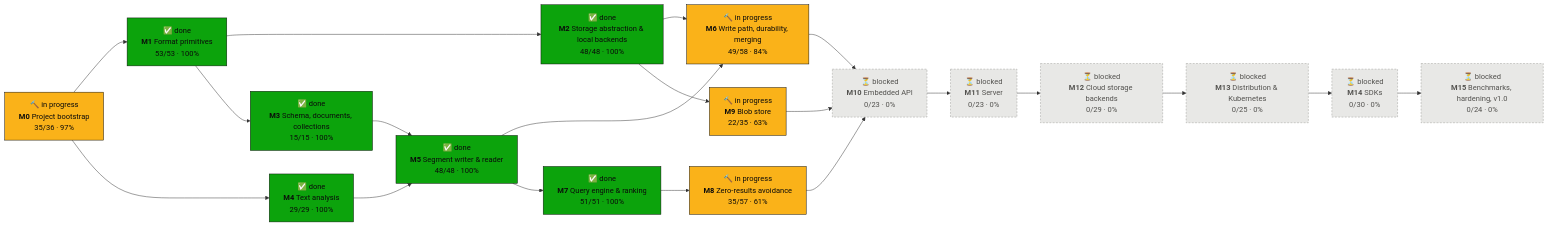
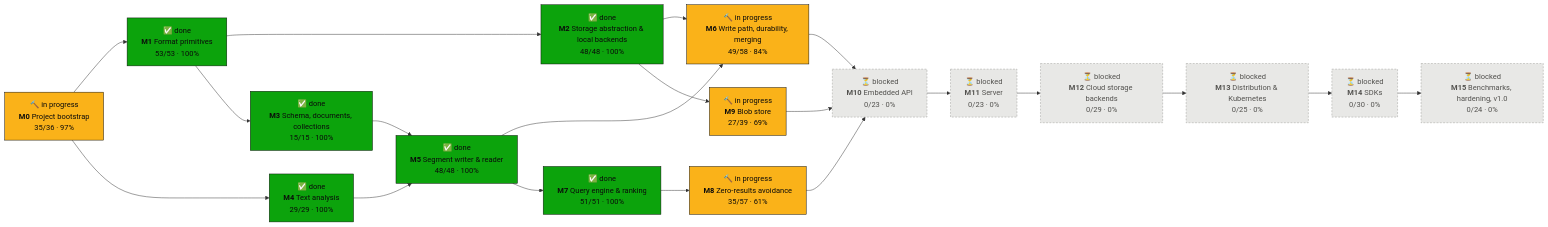
One commit to tomiok/persiaDB changed the first of 2 diagrams in PROGRESS.md. Above: the diagram before and after it, drawn with Mermaid. The commit also changed other lines of this file and 18 other files, not shown here.

````diff
--- a/PROGRESS.md
+++ b/PROGRESS.md
@@ -16,42 +16,42 @@
 ```mermaid
 flowchart LR
   M0["🔨 in progress<br/><b>M0</b> Project bootstrap<br/>35/36 · 97%"]:::doing
   M1["✅ done<br/><b>M1</b> Format primitives<br/>53/53 · 100%"]:::done
   M2["✅ done<br/><b>M2</b> Storage abstraction & local backends<br/>48/48 · 100%"]:::done
   M3["✅ done<br/><b>M3</b> Schema, documents, collections<br/>15/15 · 100%"]:::done
   M4["✅ done<br/><b>M4</b> Text analysis<br/>29/29 · 100%"]:::done
   M5["✅ done<br/><b>M5</b> Segment writer & reader<br/>48/48 · 100%"]:::done
   M6["🔨 in progress<br/><b>M6</b> Write path, durability, merging<br/>49/58 · 84%"]:::doing
   M7["✅ done<br/><b>M7</b> Query engine & ranking<br/>51/51 · 100%"]:::done
   M8["🔨 in progress<br/><b>M8</b> Zero-results avoidance<br/>35/57 · 61%"]:::doing
-  M9["🔨 in progress<br/><b>M9</b> Blob store<br/>22/35 · 63%"]:::doing
+  M9["🔨 in progress<br/><b>M9</b> Blob store<br/>27/39 · 69%"]:::doing
   M10["⏳ blocked<br/><b>M10</b> Embedded API<br/>0/23 · 0%"]:::blocked
   M11["⏳ blocked<br/><b>M11</b> Server<br/>0/23 · 0%"]:::blocked
   M12["⏳ blocked<br/><b>M12</b> Cloud storage backends<br/>0/29 · 0%"]:::blocked
   M13["⏳ blocked<br/><b>M13</b> Distribution & Kubernetes<br/>0/25 · 0%"]:::blocked
   M14["⏳ blocked<br/><b>M14</b> SDKs<br/>0/30 · 0%"]:::blocked
   M15["⏳ blocked<br/><b>M15</b> Benchmarks, hardening, v1.0<br/>0/24 · 0%"]:::blocked
   M0 --> M1
   M1 --> M2
   M1 --> M3
   M0 --> M4
   M3 --> M5
   M4 --> M5
   M2 --> M6
   M5 --> M6
   M5 --> M7
   M7 --> M8
   M2 --> M9
   M6 --> M10
   M8 --> M10
   M9 --> M10
   M10 --> M11
   M11 --> M12
   M12 --> M13
   M13 --> M14
   M14 --> M15
   classDef done fill:#0ca30c,stroke:#0b0b0b,color:#0b0b0b
   classDef doing fill:#fab219,stroke:#0b0b0b,color:#0b0b0b
   classDef ready fill:#fcfcfb,stroke:#0b0b0b,stroke-width:2px,color:#0b0b0b
   classDef blocked fill:#e8e8e6,stroke:#9a9a96,stroke-dasharray:4 3,color:#52514e
 ```
````
